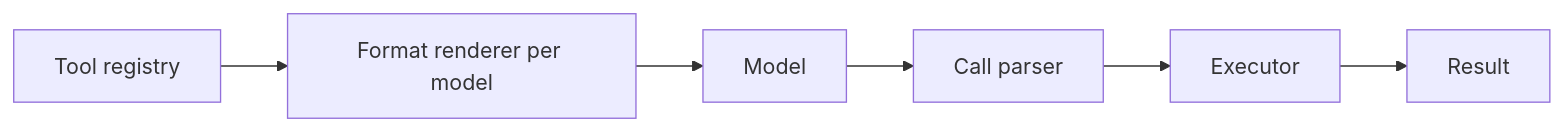
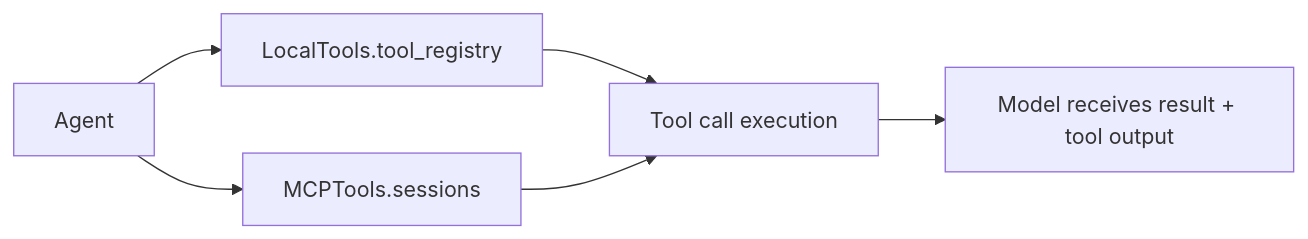
The diagram in docs/Architecture/Tools.md (LS-Stray-Synapses/Axol), drawn with Mermaid before and after one commit. The commit also changed other lines of this file and 16 other files, not shown here.

````diff
--- a/docs/Architecture/Tools.md
+++ b/docs/Architecture/Tools.md
@@ -17,6 +45,8 @@
 ```mermaid
 flowchart LR
-    Reg[Tool registry] --> Render[Format renderer per model]
-    Render --> Model
-    Model --> Parse[Call parser] --> Exec[Executor] --> Result
+    Agent[Agent] --> Local[LocalTools.tool_registry]
+    Agent --> MCP[MCPTools.sessions]
+    Local --> Exec[Tool call execution]
+    MCP --> Exec
+    Exec --> Model[Model receives result + tool output]
 ```
````
